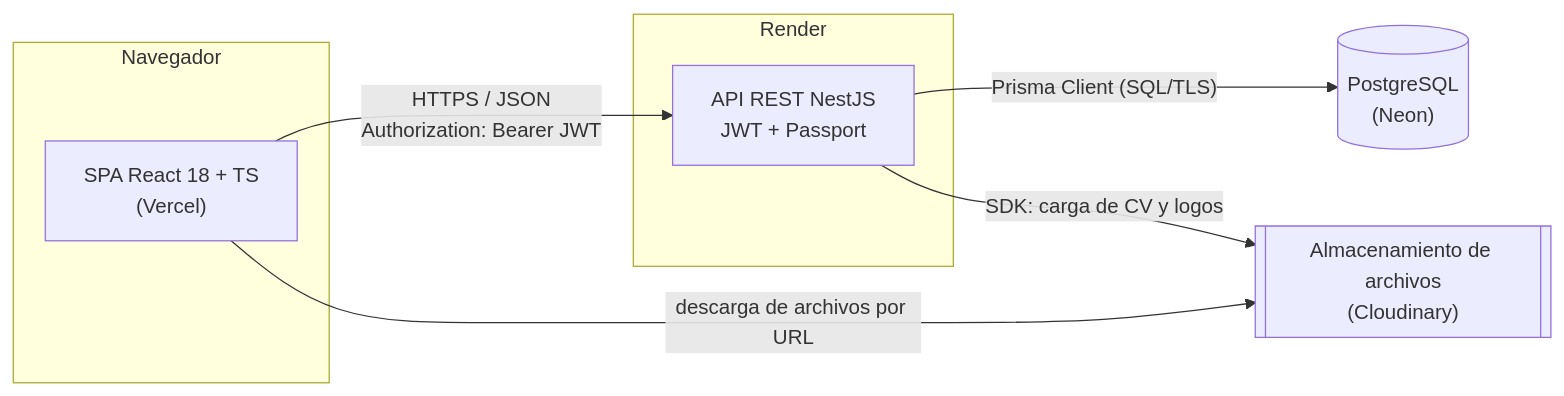
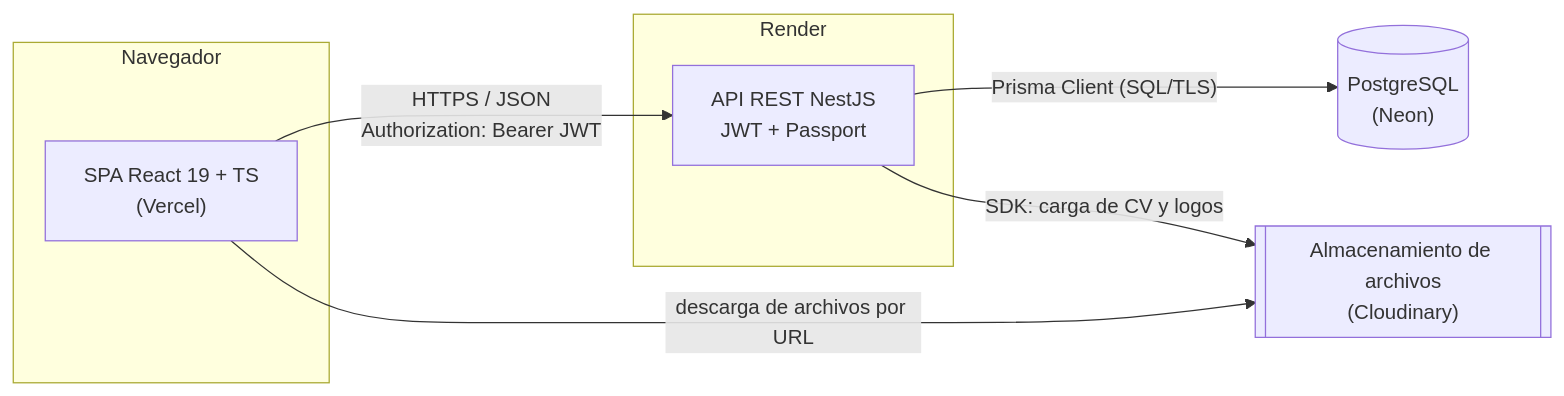
Before and after one commit to treynoso-codetria/proyecto-final-tupad-pasantias: the first of 3 diagrams in docs/arquitectura.md, drawn with Mermaid. The commit also changed other lines of this file and 11 other files, not shown here.

````diff
--- a/docs/arquitectura.md
+++ b/docs/arquitectura.md
@@ -13,16 +13,16 @@
 ```mermaid
 flowchart LR
     subgraph Cliente["Navegador"]
-        SPA["SPA React 18 + TS<br/>(Vercel)"]
+        SPA["SPA React 19 + TS<br/>(Vercel)"]
     end
     subgraph Servidor["Render"]
         API["API REST NestJS<br/>JWT + Passport"]
     end
     DB[("PostgreSQL<br/>(Neon)")]
     FS[["Almacenamiento de archivos<br/>(Cloudinary)"]]
 
     SPA -- "HTTPS / JSON<br/>Authorization: Bearer JWT" --> API
     API -- "Prisma Client (SQL/TLS)" --> DB
     API -- "SDK: carga de CV y logos" --> FS
     SPA -- "descarga de archivos por URL" --> FS
 ```
````
